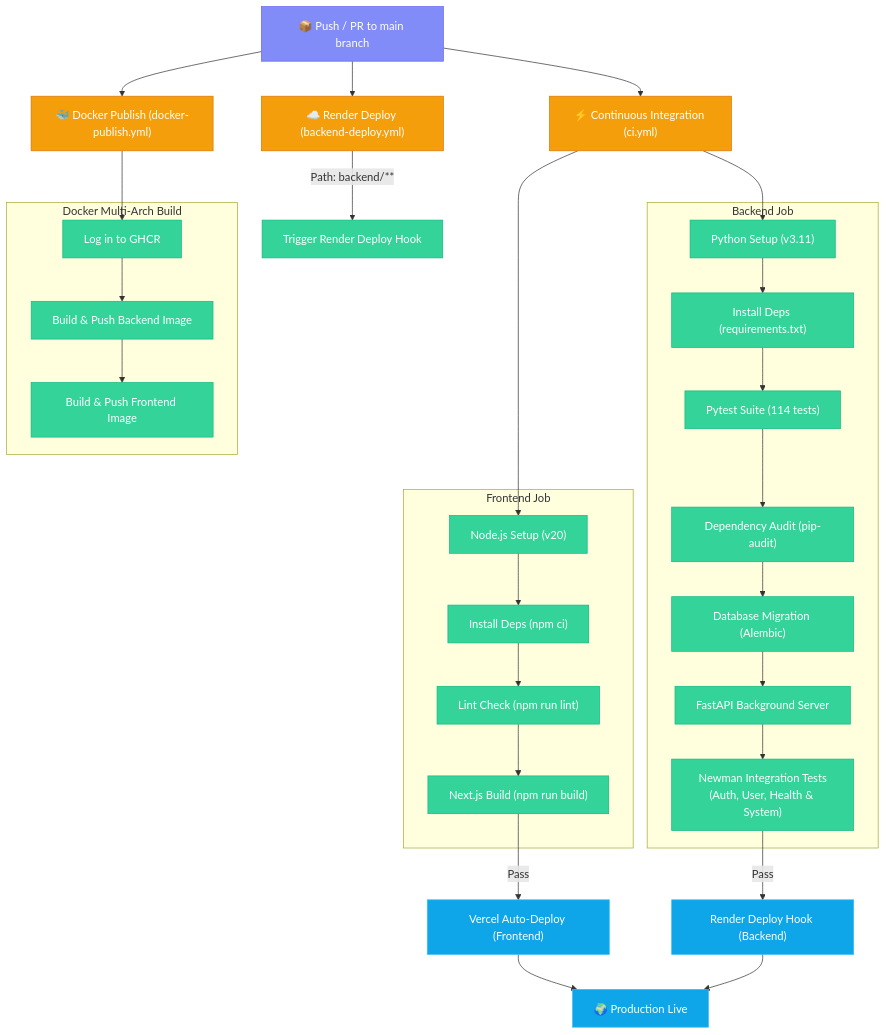
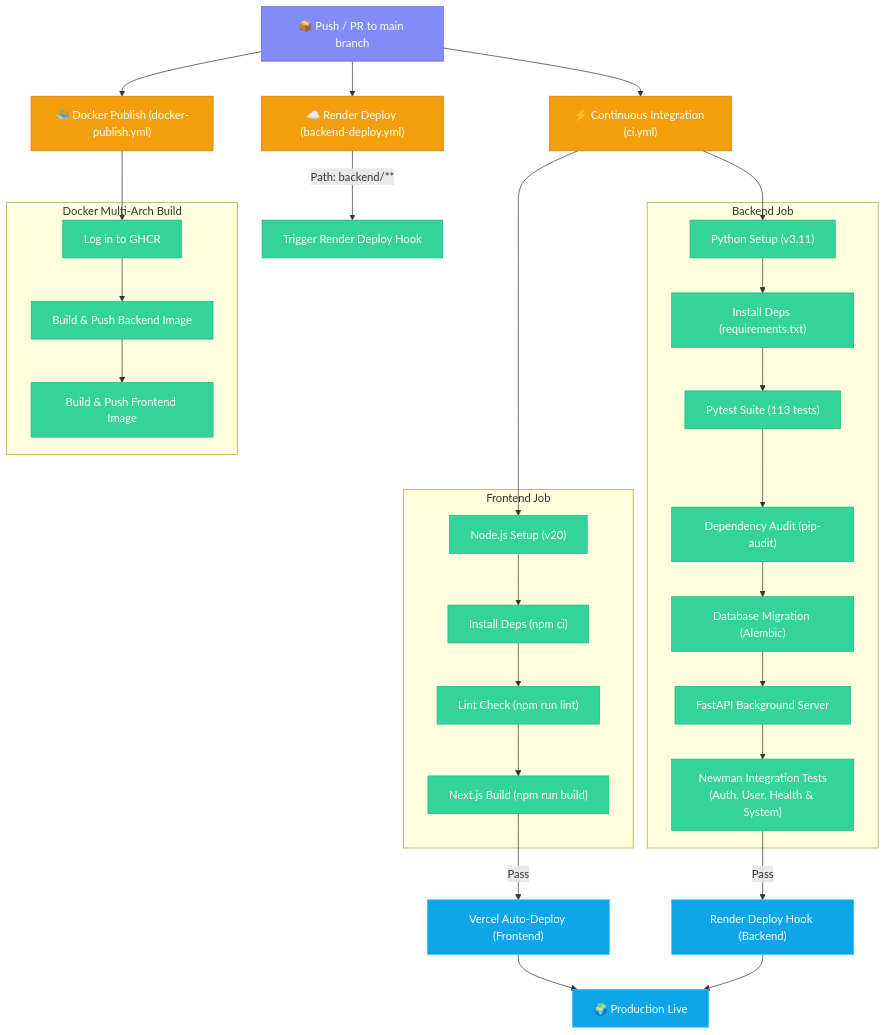
Before and after one commit to Anil-Pradhan-web/ai-career-mentor: diagram 32 of 33 in documentation/ARCHITECTURE.md, drawn with Mermaid. The commit also changed other lines of this file and 5 other files, not shown here.

````diff
--- a/documentation/ARCHITECTURE.md
+++ b/documentation/ARCHITECTURE.md
@@ -1453,63 +1449,63 @@
 ```mermaid
 flowchart TD
     classDef trigger fill:#818cf8,color:#fff,stroke:#6366f1
     classDef job fill:#f59e0b,color:#fff,stroke:#d97706
     classDef step fill:#34d399,color:#fff,stroke:#10b981
     classDef deploy fill:#0ea5e9,color:#fff,stroke:#38bdf8
     classDef fail fill:#ef4444,color:#fff,stroke:#dc2626
 
     TRIGGER["📦 Push / PR to main branch"]
 
     %% Workflow 1: CI Pipeline
     TRIGGER --> CI_JOB["⚡ Continuous Integration (ci.yml)"]
     
     subgraph FE_SUB["Frontend Job"]
         F1["Node.js Setup (v20)"]
         F2["Install Deps (npm ci)"]
         F3["Lint Check (npm run lint)"]
         F4["Next.js Build (npm run build)"]
         F1 --> F2 --> F3 --> F4
     end
     
     subgraph BE_SUB["Backend Job"]
         B1["Python Setup (v3.11)"]
         B2["Install Deps (requirements.txt)"]
-        B3["Pytest Suite (114 tests)"]
+        B3["Pytest Suite (113 tests)"]
         B4["Dependency Audit (pip-audit)"]
         B5["Database Migration (Alembic)"]
         B6["FastAPI Background Server"]
         B7["Newman Integration Tests<br/>(Auth, User, Health & System)"]
         B1 --> B2 --> B3 --> B4 --> B5 --> B6 --> B7
     end
     
     CI_JOB --> F1
     CI_JOB --> B1
 
     %% Workflow 2: Docker Publish
     TRIGGER --> DOCKER_JOB["🐳 Docker Publish (docker-publish.yml)"]
     subgraph DOCKER_SUB["Docker Multi-Arch Build"]
         D1["Log in to GHCR"]
         D2["Build & Push Backend Image"]
         D3["Build & Push Frontend Image"]
         D1 --> D2 --> D3
     end
     DOCKER_JOB --> D1
 
     %% Workflow 3: Render Deploy
     TRIGGER --> DEPLOY_JOB["☁️ Render Deploy (backend-deploy.yml)"]
     DEPLOY_JOB -->|"Path: backend/**"| R1["Trigger Render Deploy Hook"]
 
     %% Deployments
     F4 -->|"Pass"| VERCEL["Vercel Auto-Deploy (Frontend)"]
     B7 -->|"Pass"| RENDER["Render Deploy Hook (Backend)"]
     
     VERCEL & RENDER --> PROD["🌍 Production Live"]
 
     class TRIGGER trigger
     class CI_JOB,DOCKER_JOB,DEPLOY_JOB job
     class F1,F2,F3,F4 step
     class B1,B2,B3,B4,B5,B6,B7 step
     class D1,D2,D3 step
     class R1 step
     class VERCEL,RENDER,PROD deploy
 ```
````
